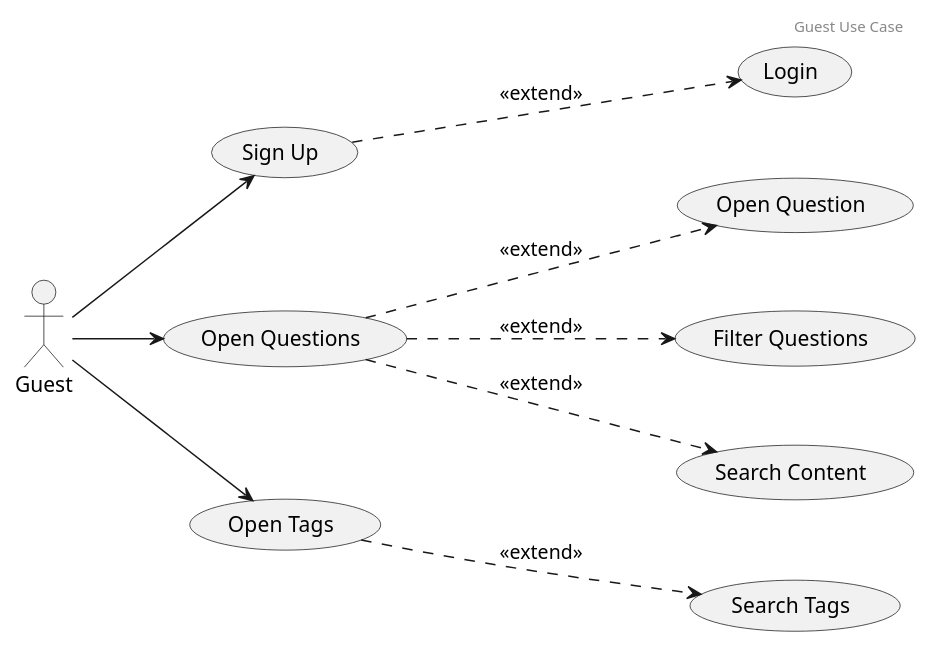
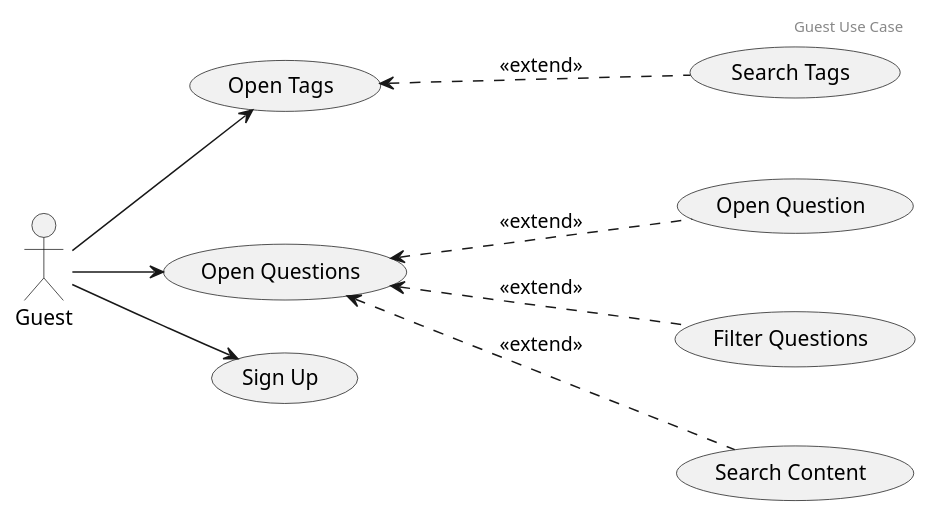
The diagram in src/main/resources/templates/casosDeUsoGuest.plantuml (rafaelacirino/miw-backend-foro), drawn with PlantUML before and after one commit. The commit also changed 30 other files, not shown here.

Commit message:
fix diagramas

```diff
--- a/src/main/resources/templates/casosDeUsoGuest.plantuml
+++ b/src/main/resources/templates/casosDeUsoGuest.plantuml
@@ -1,31 +1,28 @@
 @startuml
 
 header Guest Use Case
-
 
 actor Guest
 
 left to right direction
 
-(Login) as UC1
 (Sign Up) as UC3
 
 (Open Question) as UC7
 (Open Questions) as UC11
 (Filter Questions) as UC12
 
 (Search Content) as UC25
 (Open Tags) as UC26
 (Search Tags) as UC27
 
-UC3 .-down-> UC1 : <<extend>>
-UC11 .-down-> UC7 : <<extend>>
-UC11 .-down-> UC12 : <<extend>>
-UC11 .-down-> UC25 : <<extend>>
-UC26 .-down-> UC27 : <<extend>>
+UC7 .-up-> UC11 : <<extend>>
+UC12 .-up-> UC11 : <<extend>>
+UC25 .-up-> UC11 : <<extend>>
+UC27 .-up-> UC26 : <<extend>>
 
 Guest --> UC11
 Guest --> UC3
 Guest --> UC26
 
 @enduml
```
